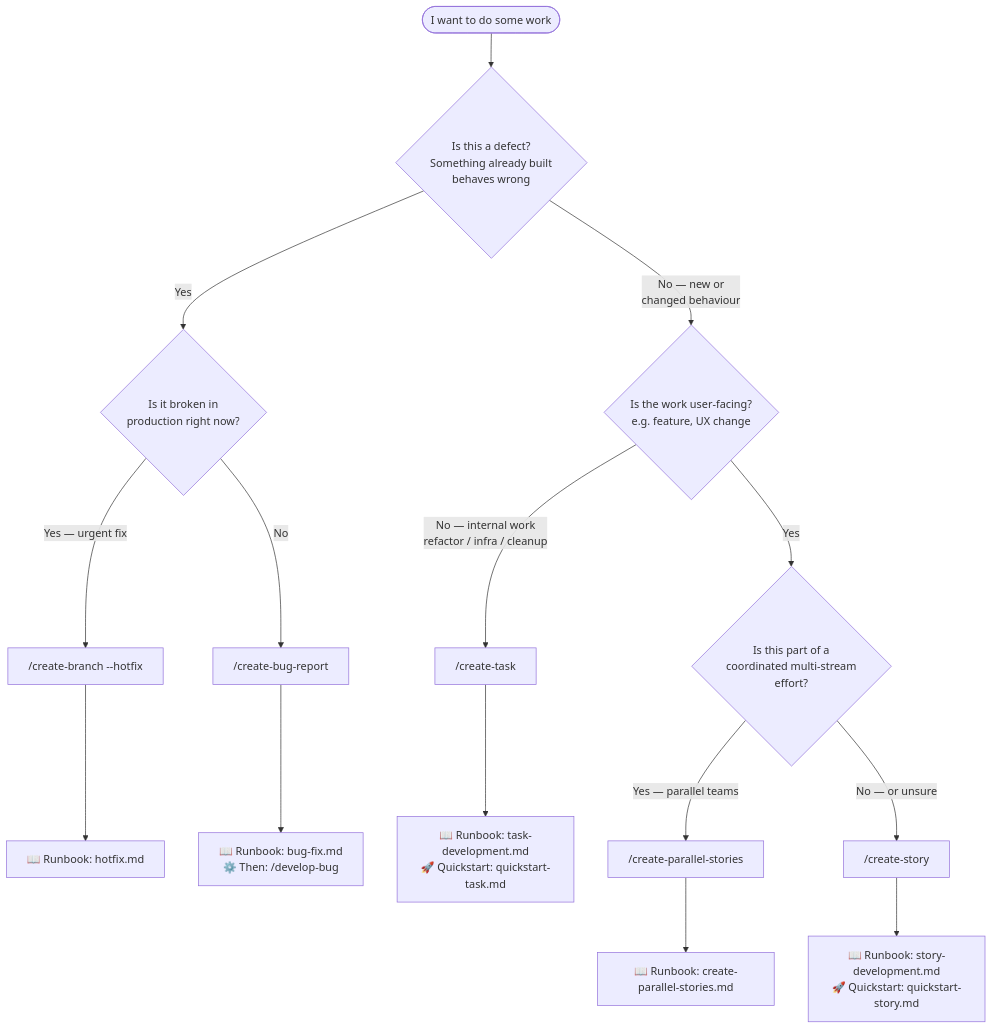
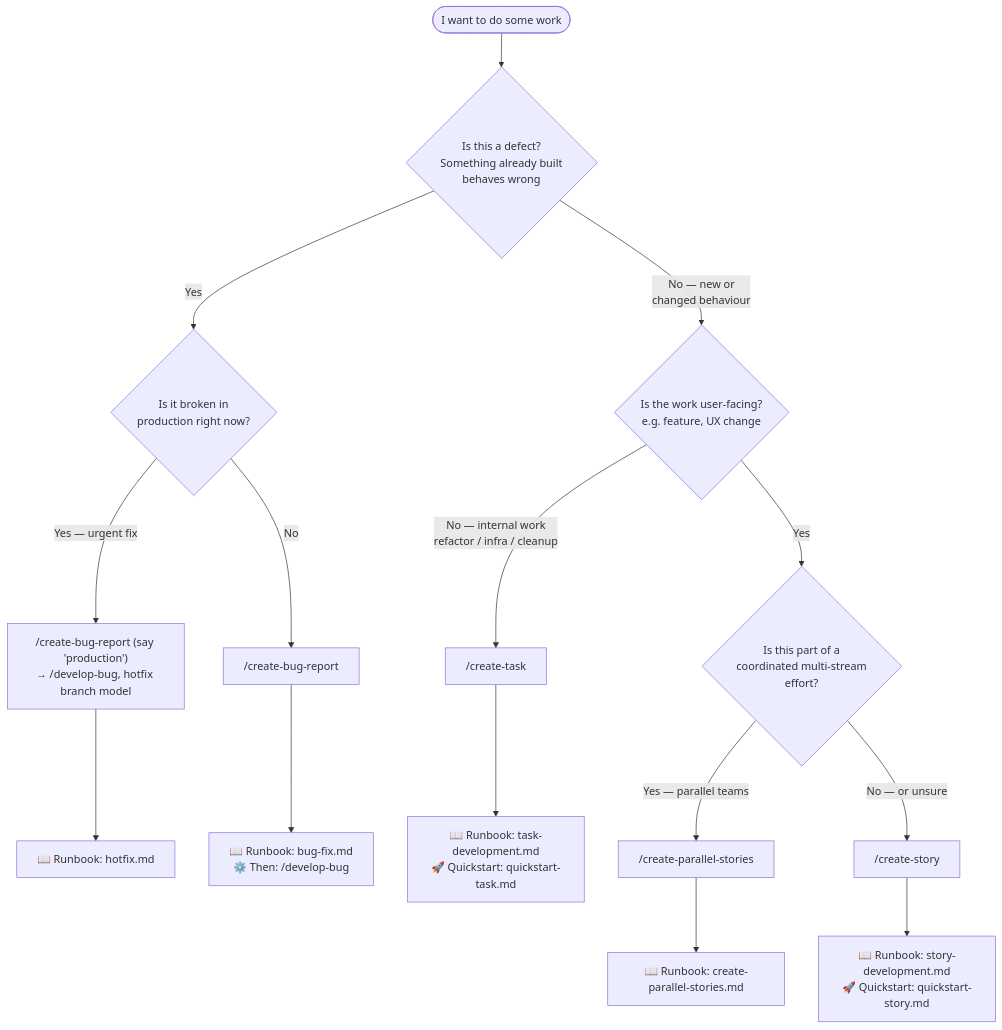
One commit to Gamaroff/agent-skills changed the diagram in docs/concepts/which-path.md. Above: the diagram before and after it, drawn with Mermaid. The commit also changed other lines of this file and 16 other files, not shown here.

````diff
--- a/docs/concepts/which-path.md
+++ b/docs/concepts/which-path.md
@@ -21,22 +21,22 @@
 ```mermaid
 flowchart TD
     Start([I want to do some work]) --> Q1{Is this a defect?\nSomething already built\nbehaves wrong}
 
     Q1 -->|Yes| Q2{Is it broken in\nproduction right now?}
     Q1 -->|No — new or\nchanged behaviour| Q3{Is the work user-facing?\ne.g. feature, UX change}
 
-    Q2 -->|Yes — urgent fix| Hotfix["/create-branch --hotfix"]
+    Q2 -->|Yes — urgent fix| Hotfix["/create-bug-report (say 'production')\n→ /develop-bug, hotfix branch model"]
     Q2 -->|No| Bug["/create-bug-report"]
 
     Q3 -->|No — internal work\nrefactor / infra / cleanup| Task["/create-task"]
     Q3 -->|Yes| Q4{Is this part of a\ncoordinated multi-stream\neffort?}
 
     Q4 -->|Yes — parallel teams| Parallel["/create-parallel-stories"]
     Q4 -->|No — or unsure| Story["/create-story"]
 
     Bug --> BugLinks["📖 Runbook: bug-fix.md\n⚙️ Then: /develop-bug"]
     Task --> TaskLinks["📖 Runbook: task-development.md\n🚀 Quickstart: quickstart-task.md"]
     Hotfix --> HotfixLinks["📖 Runbook: hotfix.md"]
     Parallel --> ParallelLinks["📖 Runbook: create-parallel-stories.md"]
     Story --> StoryLinks["📖 Runbook: story-development.md\n🚀 Quickstart: quickstart-story.md"]
 ```
````
